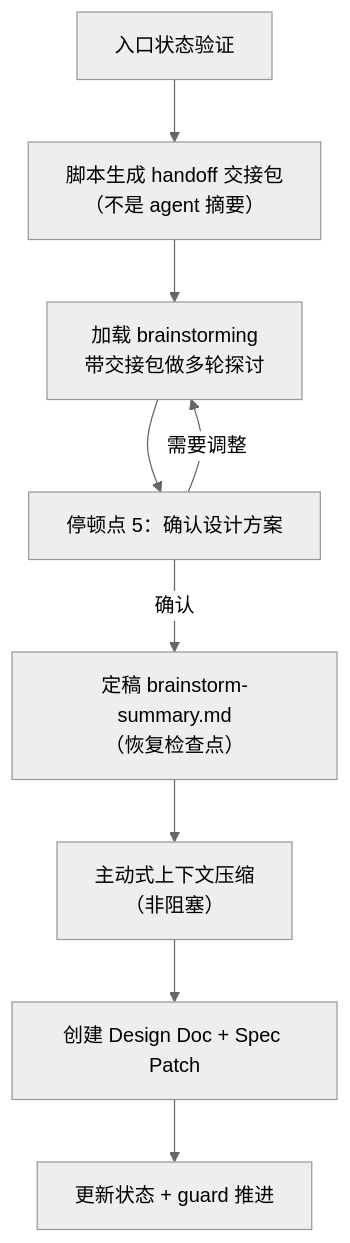
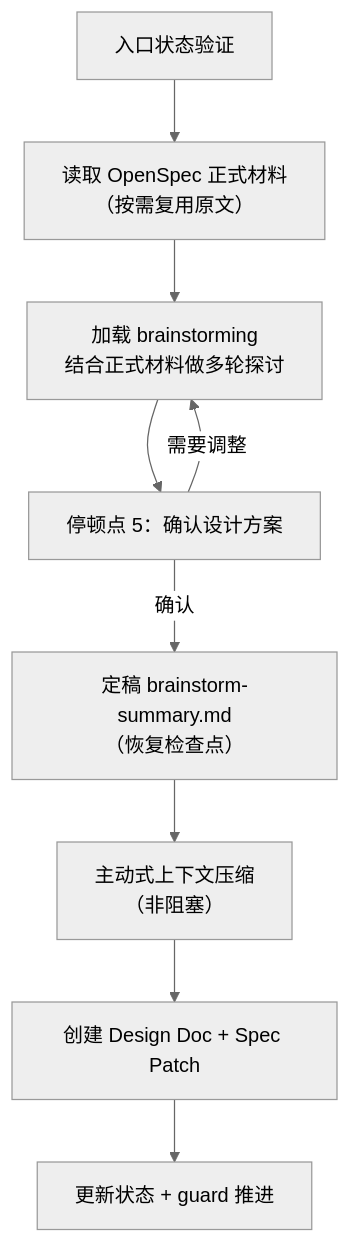
One commit to rpamis/comet-website-docs changed the diagram in zh/phases/design.mdx. Above: the diagram before and after it, drawn with Mermaid (neutral theme). The commit also changed other lines of this file and 124 other files, not shown here.

````diff
--- a/zh/phases/design.mdx
+++ b/zh/phases/design.mdx
@@ -38,11 +37,11 @@
 ```mermaid
 flowchart TD
-    Entry["入口状态验证"] --> S1a["脚本生成 handoff 交接包<br/>（不是 agent 摘要）"]
-    S1a --> S1b["加载 brainstorming<br/>带交接包做多轮探讨"]
+    Entry["入口状态验证"] --> S1a["读取 OpenSpec 正式材料<br/>（按需复用原文）"]
+    S1a --> S1b["加载 brainstorming<br/>结合正式材料做多轮探讨"]
     S1b --> S1c["停顿点 5：确认设计方案"]
     S1c -->|需要调整| S1b
     S1c -->|确认| S1d["定稿 brainstorm-summary.md<br/>（恢复检查点）"]
     S1d --> S1e["主动式上下文压缩<br/>（非阻塞）"]
     S1e --> S2["创建 Design Doc + Spec Patch"]
     S2 --> S3["更新状态 + guard 推进"]
 ```
````
